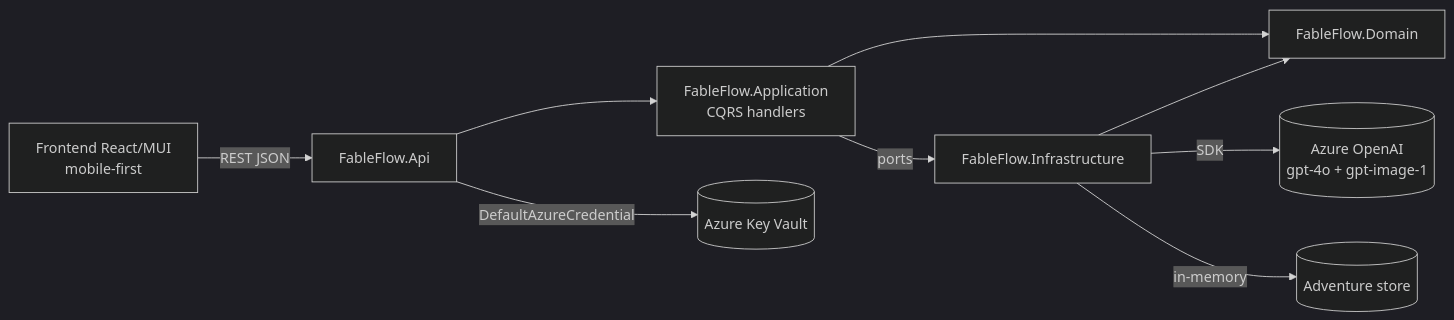
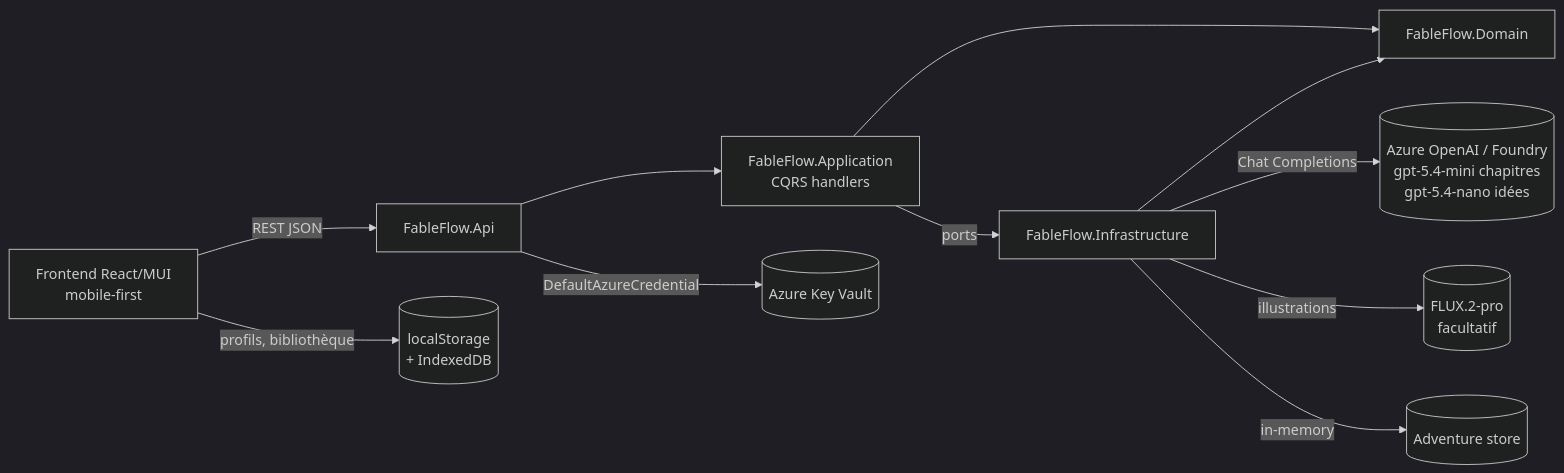
Before and after one commit to QzLP2P/FableFlow: the first of 2 diagrams in docs/architecture.md, drawn with Mermaid (dark theme). The commit also changed other lines of this file and 129 other files, not shown here.

````diff
--- a/docs/architecture.md
+++ b/docs/architecture.md
@@ -7,11 +7,13 @@
 ```mermaid
 flowchart LR
     UI[Frontend React/MUI<br/>mobile-first] -->|REST JSON| API[FableFlow.Api]
+    UI -->|profils, bibliothèque| LOCAL[(localStorage<br/>+ IndexedDB)]
     API --> APP[FableFlow.Application<br/>CQRS handlers]
     APP -->|ports| INFRA[FableFlow.Infrastructure]
     APP --> DOMAIN[FableFlow.Domain]
     INFRA --> DOMAIN
-    INFRA -->|SDK| AOAI[(Azure OpenAI<br/>gpt-4o + gpt-image-1)]
+    INFRA -->|Chat Completions| AOAI[(Azure OpenAI / Foundry<br/>gpt-5.4-mini chapitres<br/>gpt-5.4-nano idées)]
+    INFRA -->|illustrations| FLUX[(FLUX.2-pro<br/>facultatif)]
     INFRA -->|in-memory| REPO[(Adventure store)]
     API -->|DefaultAzureCredential| KV[(Azure Key Vault)]
 ```
````
